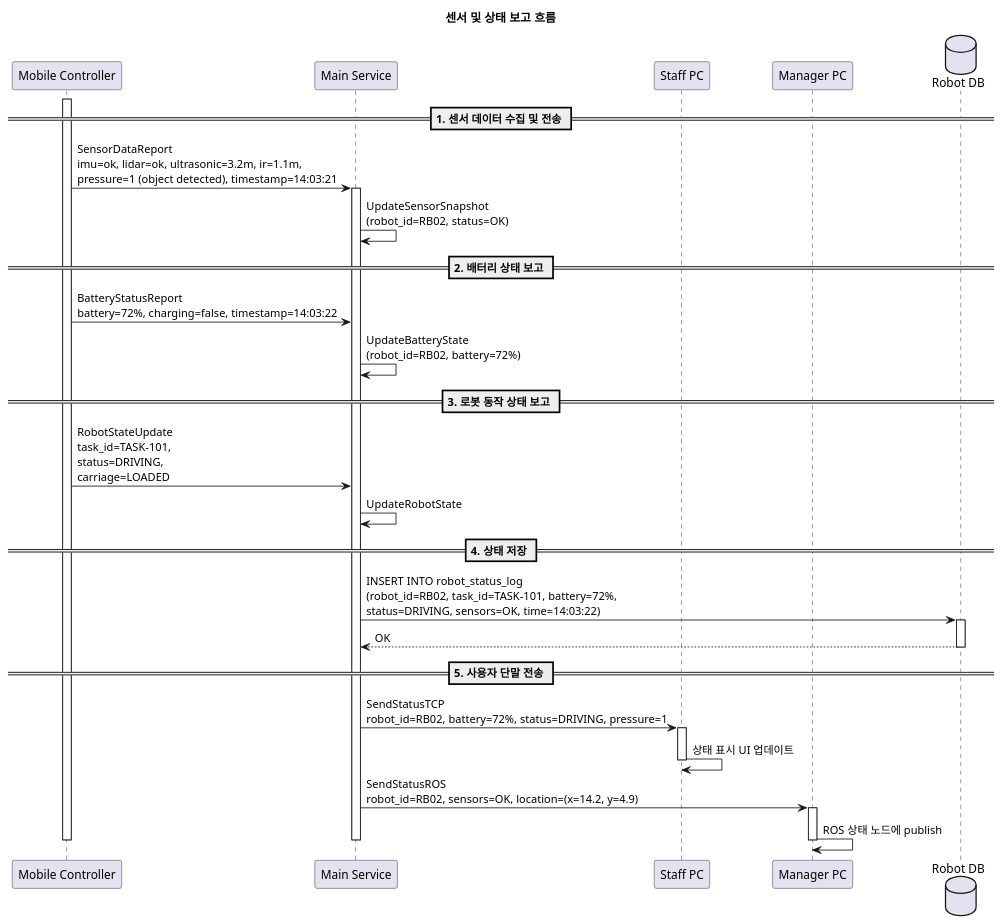
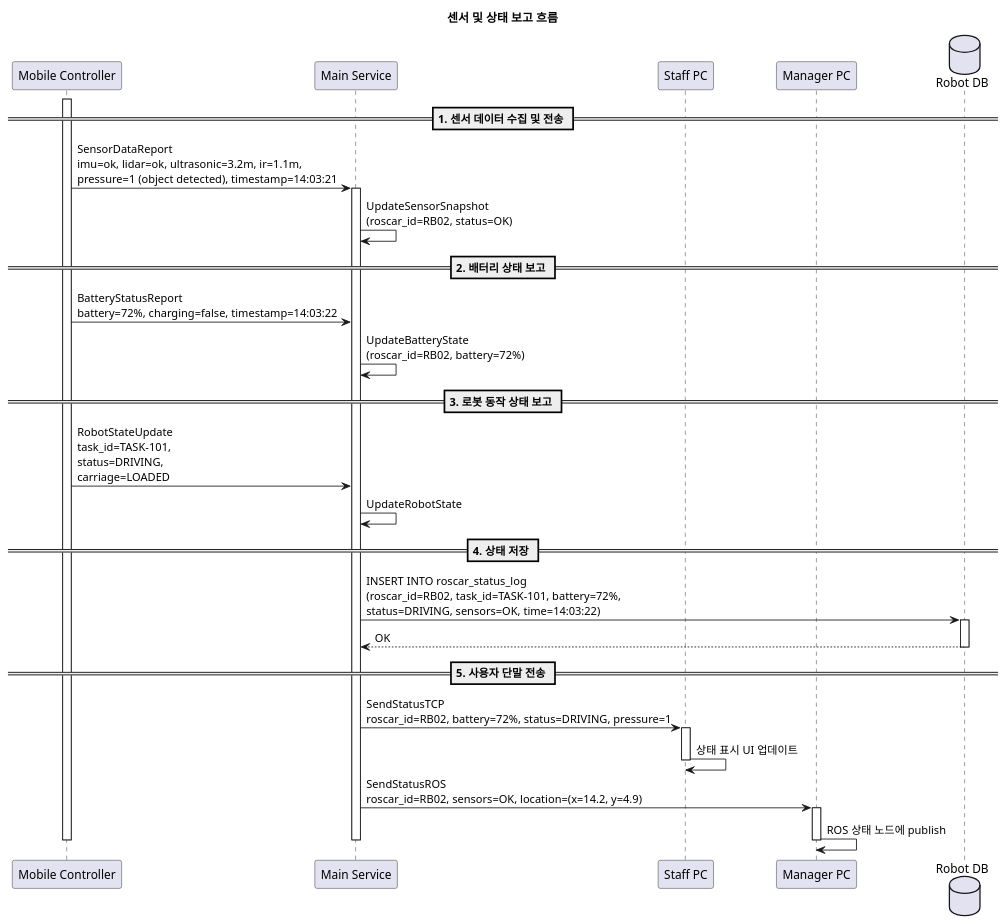
The sixth of 8 diagrams in docs/sequence_diagram v3.md (addinedu-ros-8th/ros-repo-3), drawn with PlantUML before and after one commit. The commit also changed other lines of this file and 108 other files, not shown here.

Commit message:
Fix build and Rename robot to roscar

````diff
--- a/docs/sequence_diagram v3.md
+++ b/docs/sequence_diagram v3.md
@@ -413,53 +413,53 @@
 ```plantuml
 @startuml
 title 센서 및 상태 보고 흐름
 
 participant "Mobile Controller" as Mobile
 participant "Main Service" as Main
 participant "Staff PC" as StaffPC
 participant "Manager PC" as ManagerPC
 database "Robot DB" as DB
 
 == 1. 센서 데이터 수집 및 전송 ==
 
 activate Mobile
 Mobile -> Main : SensorDataReport\nimu=ok, lidar=ok, ultrasonic=3.2m, ir=1.1m,\npressure=1 (object detected), timestamp=14:03:21
 activate Main
 
-Main -> Main : UpdateSensorSnapshot\n(robot_id=RB02, status=OK)
+Main -> Main : UpdateSensorSnapshot\n(roscar_id=RB02, status=OK)
 
 == 2. 배터리 상태 보고 ==
 
 Mobile -> Main : BatteryStatusReport\nbattery=72%, charging=false, timestamp=14:03:22
 
-Main -> Main : UpdateBatteryState\n(robot_id=RB02, battery=72%)
+Main -> Main : UpdateBatteryState\n(roscar_id=RB02, battery=72%)
 
 == 3. 로봇 동작 상태 보고 ==
 
 Mobile -> Main : RobotStateUpdate\ntask_id=TASK-101,\nstatus=DRIVING,\ncarriage=LOADED
 Main -> Main : UpdateRobotState
 
 == 4. 상태 저장 ==
 
-Main -> DB : INSERT INTO robot_status_log\n(robot_id=RB02, task_id=TASK-101, battery=72%,\nstatus=DRIVING, sensors=OK, time=14:03:22)
+Main -> DB : INSERT INTO roscar_status_log\n(roscar_id=RB02, task_id=TASK-101, battery=72%,\nstatus=DRIVING, sensors=OK, time=14:03:22)
 activate DB
 DB --> Main : OK
 deactivate DB
 
 == 5. 사용자 단말 전송 ==
 
-Main -> StaffPC : SendStatusTCP\nrobot_id=RB02, battery=72%, status=DRIVING, pressure=1
+Main -> StaffPC : SendStatusTCP\nroscar_id=RB02, battery=72%, status=DRIVING, pressure=1
 activate StaffPC
 StaffPC -> StaffPC : 상태 표시 UI 업데이트
 deactivate StaffPC
 
-Main -> ManagerPC : SendStatusROS\nrobot_id=RB02, sensors=OK, location=(x=14.2, y=4.9)
+Main -> ManagerPC : SendStatusROS\nroscar_id=RB02, sensors=OK, location=(x=14.2, y=4.9)
 activate ManagerPC
 ManagerPC -> ManagerPC : ROS 상태 노드에 publish
 deactivate ManagerPC
 
 deactivate Main
 deactivate Mobile
 
 @enduml
 ```
````
